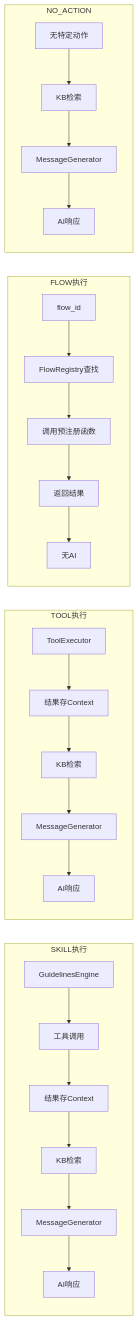
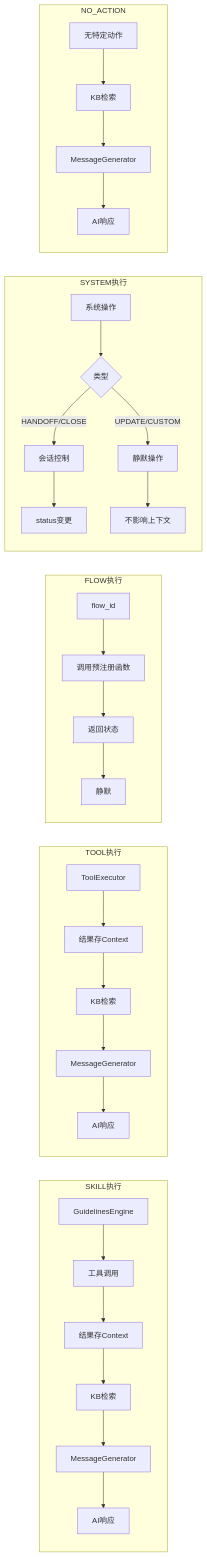
One commit to Nunchakus888/parlant changed the fifth of 6 diagrams in notebooks/v7-feasibility.md. Above: the diagram before and after it, drawn with Mermaid. The commit also changed other lines of this file, not shown here.

Commit message:
workflow: system-actions

````diff
--- a/notebooks/v7-feasibility.md
+++ b/notebooks/v7-feasibility.md
@@ -697,30 +855,37 @@
 ```mermaid
 flowchart LR
     subgraph SKILL["SKILL执行"]
         S1[GuidelinesEngine] --> S2[工具调用]
         S2 --> S3[结果存Context]
         S3 --> S4[KB检索]
         S4 --> S5[MessageGenerator]
         S5 --> S6[AI响应]
     end
     
     subgraph TOOL["TOOL执行"]
         T1[ToolExecutor] --> T2[结果存Context]
         T2 --> T3[KB检索]
         T3 --> T4[MessageGenerator]
         T4 --> T5[AI响应]
     end
     
     subgraph FLOW["FLOW执行"]
-        F1[flow_id] --> F2[FlowRegistry查找]
-        F2 --> F3[调用预注册函数]
-        F3 --> F4[返回结果]
-        F4 --> F5[无AI]
+        F1[flow_id] --> F2[调用预注册函数]
+        F2 --> F3[返回状态]
+        F3 --> F4[静默]
+    end
+    
+    subgraph SYSTEM["SYSTEM执行"]
+        Y1[系统操作] --> Y2{类型}
+        Y2 -->|HANDOFF/CLOSE| Y3[会话控制]
+        Y2 -->|UPDATE/CUSTOM| Y4[静默操作]
+        Y3 --> Y5[status变更]
+        Y4 --> Y6[不影响上下文]
     end
     
     subgraph NOACTION["NO_ACTION"]
         N1[无特定动作] --> N2[KB检索]
         N2 --> N3[MessageGenerator]
         N3 --> N4[AI响应]
     end
 ```
````
